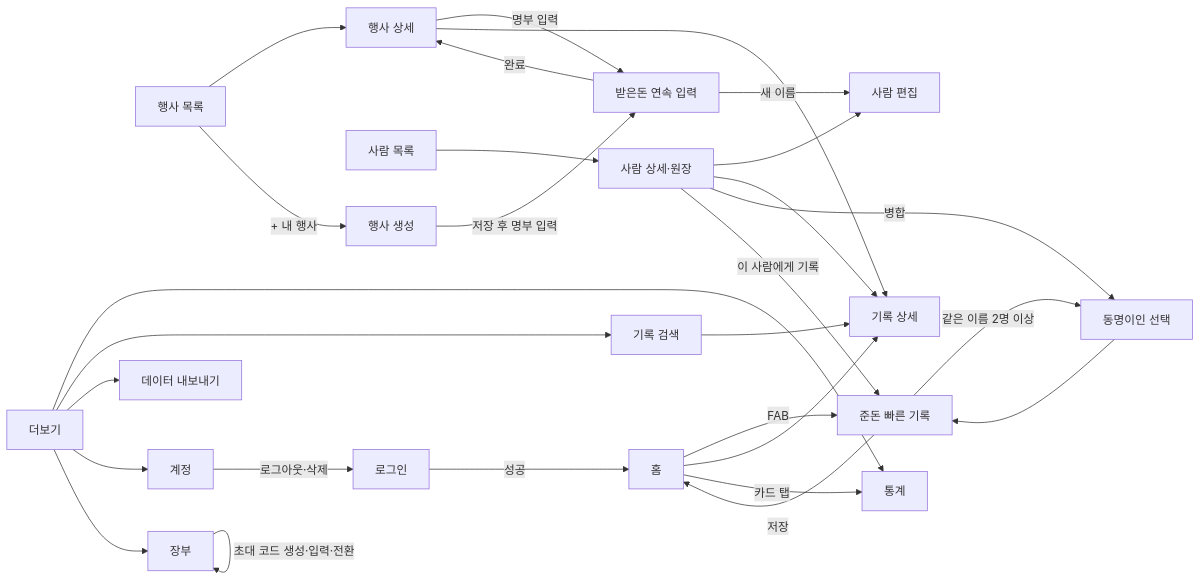
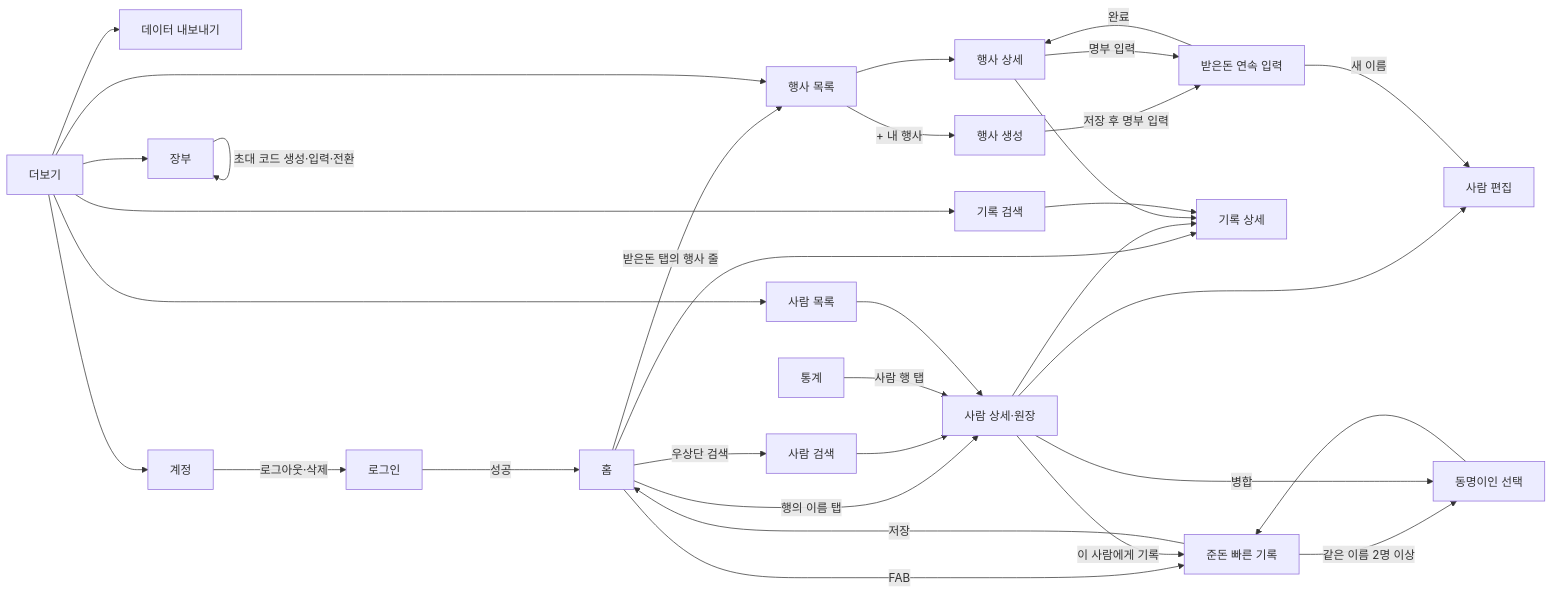
One commit to cocobanana-spec/returnproject changed the diagram in docs/02-prd-phase1.md. Above: the diagram before and after it, drawn with Mermaid. The commit also changed other lines of this file and 2 other files, not shown here.

````diff
--- a/docs/02-prd-phase1.md
+++ b/docs/02-prd-phase1.md
@@ -182,30 +189,35 @@
 ```mermaid
 flowchart LR
     S00[로그인] -->|성공| S01[홈]
     S01 -->|FAB| S02[준돈 빠른 기록]
     S02 -->|저장| S01
     S02 -->|같은 이름 2명 이상| S15[동명이인 선택]
     S15 --> S02
     S01 --> S10[기록 상세]
-    S01 -->|카드 탭| S11[통계]
-    S03[사람 목록] --> S04[사람 상세·원장]
+    S01 -->|행의 이름 탭| S04[사람 상세·원장]
+    S01 -->|우상단 검색| S03b[사람 검색]
+    S03b --> S04
+    S01 -->|받은돈 탭의 행사 줄| S06[행사 목록]
+    S11[통계] -->|사람 행 탭| S04
+    S03[사람 목록] --> S04
     S04 --> S05[사람 편집]
     S04 --> S10
     S04 -->|병합| S15
     S04 -->|이 사람에게 기록| S02
-    S06[행사 목록] --> S07[행사 상세]
+    S06 --> S07[행사 상세]
     S06 -->|+ 내 행사| S08[행사 생성]
     S08 -->|저장 후 명부 입력| S09[받은돈 연속 입력]
     S07 -->|명부 입력| S09
     S09 -->|완료| S07
     S09 -->|새 이름| S05
     S07 --> S10
-    S13[더보기] --> S11
+    S13[더보기] --> S03
+    S13 --> S06
     S13 --> S12[기록 검색]
     S13 --> S14[데이터 내보내기]
     S13 --> S16[계정]
     S13 --> S17[장부]
     S17 -->|초대 코드 생성·입력·전환| S17
     S16 -->|로그아웃·삭제| S00
     S12 --> S10
 ```
````
